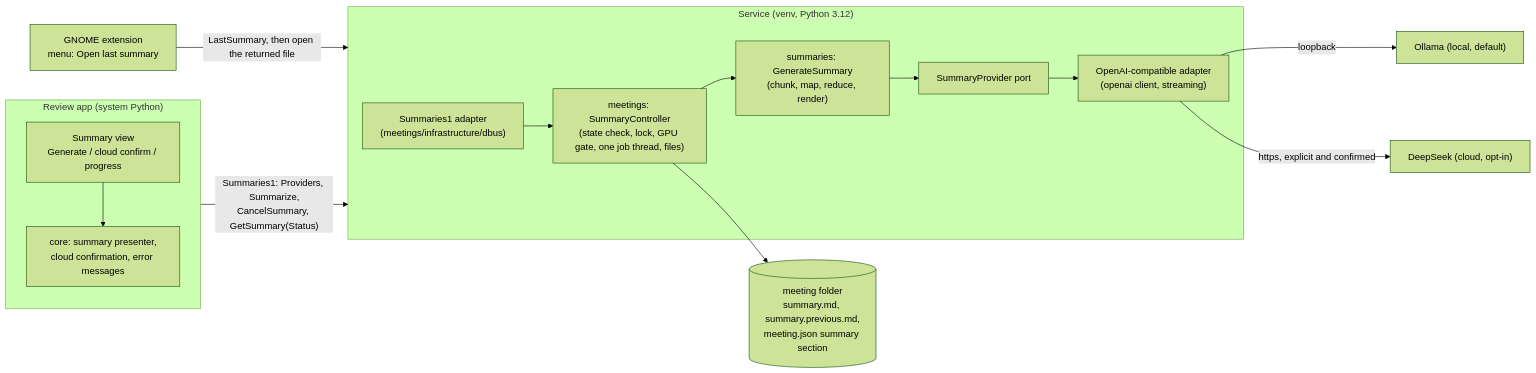
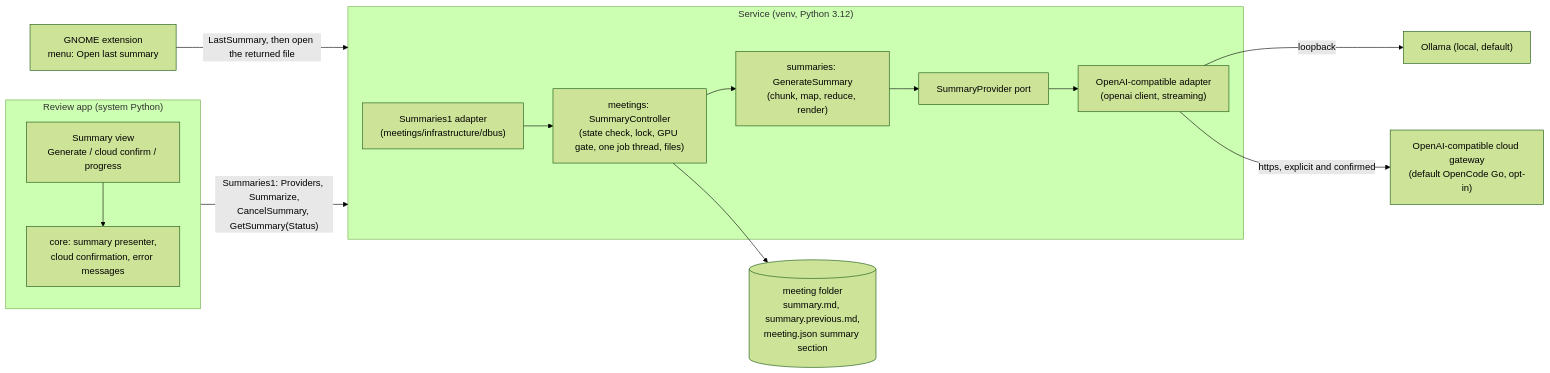
Before and after one commit to CorsairRom/meeting-scribe: the diagram in docs/specs/summaries.md, drawn with Mermaid (forest theme). The commit also changed other lines of this file and 17 other files, not shown here.

````diff
--- a/docs/specs/summaries.md
+++ b/docs/specs/summaries.md
@@ -460,17 +461,17 @@
 ```mermaid
 flowchart LR
   EXT["GNOME extension<br/>menu: Open last summary"] -- "LastSummary, then open the returned file" --> SVC
   subgraph APP["Review app (system Python)"]
     VIEW["Summary view<br/>Generate / cloud confirm / progress"] --> PRES["core: summary presenter,<br/>cloud confirmation, error messages"]
   end
   APP -- "Summaries1: Providers, Summarize,<br/>CancelSummary, GetSummary(Status)" --> SVC
   subgraph SVC["Service (venv, Python 3.12)"]
     IFACE["Summaries1 adapter<br/>(meetings/infrastructure/dbus)"] --> SC["meetings: SummaryController<br/>(state check, lock, GPU gate, one job thread, files)"]
     SC --> GS["summaries: GenerateSummary<br/>(chunk, map, reduce, render)"]
     GS --> PORT["SummaryProvider port"]
     PORT --> AD["OpenAI-compatible adapter<br/>(openai client, streaming)"]
   end
   AD -- "loopback" --> OLL["Ollama (local, default)"]
-  AD -- "https, explicit and confirmed" --> DS["DeepSeek (cloud, opt-in)"]
+  AD -- "https, explicit and confirmed" --> DS["OpenAI-compatible cloud gateway<br/>(default OpenCode Go, opt-in)"]
   SC --> FS[("meeting folder<br/>summary.md, summary.previous.md,<br/>meeting.json summary section")]
 ```
````
